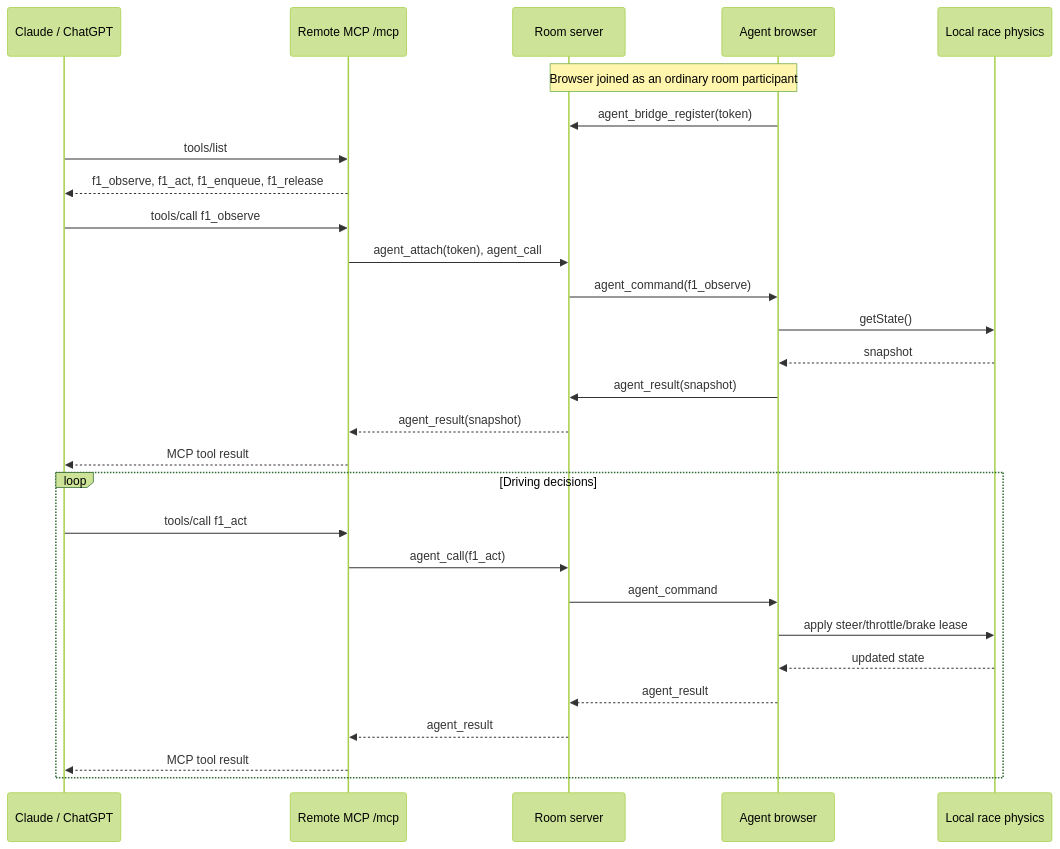
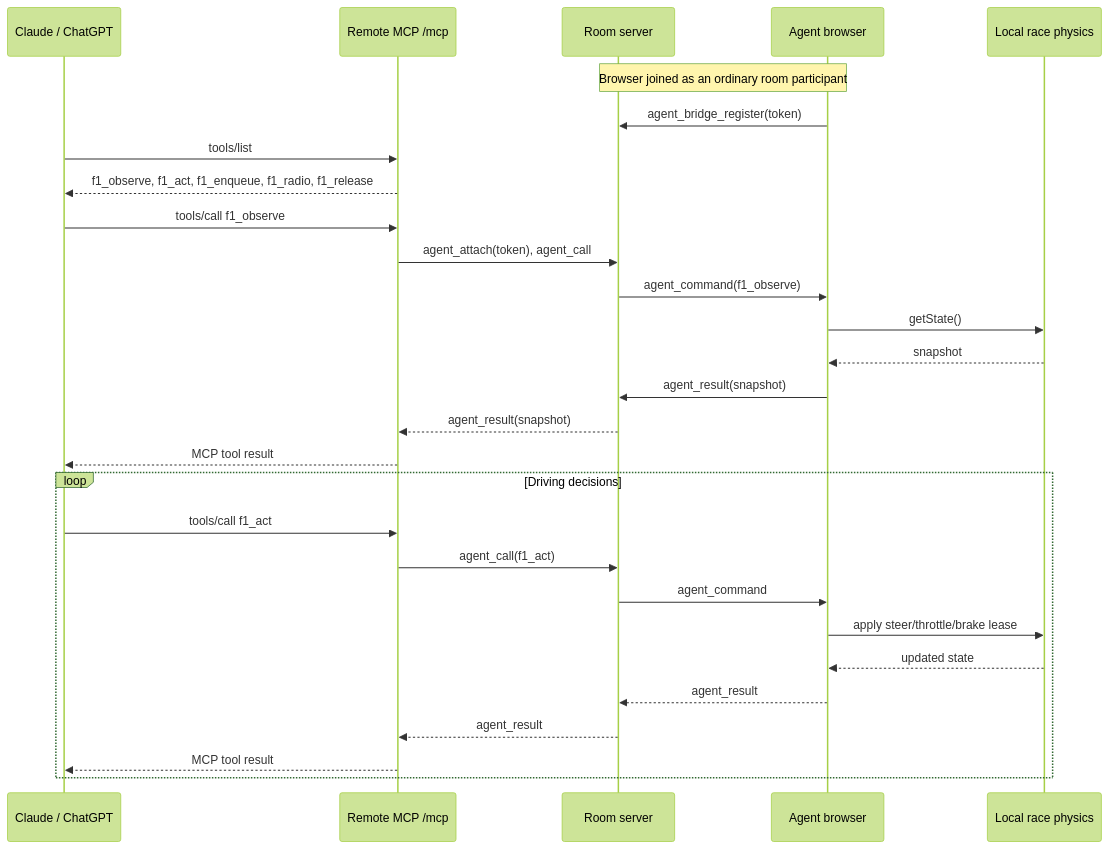
One commit to ottobit/f1-racer changed the seventh of 8 diagrams in llm-wiki/wiki/f1-racer/c4-agent-control.md. Above: the diagram before and after it, drawn with Mermaid (forest theme). The commit also changed 9 other files, not shown here.

````diff
--- a/llm-wiki/wiki/f1-racer/c4-agent-control.md
+++ b/llm-wiki/wiki/f1-racer/c4-agent-control.md
@@ -211,32 +211,32 @@
 ```mermaid
 sequenceDiagram
   participant C as Claude / ChatGPT
   participant M as Remote MCP /mcp
   participant R as Room server
   participant B as Agent browser
   participant P as Local race physics
 
   Note over B,R: Browser joined as an ordinary room participant
   B->>R: agent_bridge_register(token)
   C->>M: tools/list
-  M-->>C: f1_observe, f1_act, f1_enqueue, f1_release
+  M-->>C: f1_observe, f1_act, f1_enqueue, f1_radio, f1_release
   C->>M: tools/call f1_observe
   M->>R: agent_attach(token), agent_call
   R->>B: agent_command(f1_observe)
   B->>P: getState()
   P-->>B: snapshot
   B->>R: agent_result(snapshot)
   R-->>M: agent_result(snapshot)
   M-->>C: MCP tool result
 
   loop Driving decisions
     C->>M: tools/call f1_act
     M->>R: agent_call(f1_act)
     R->>B: agent_command
     B->>P: apply steer/throttle/brake lease
     P-->>B: updated state
     B-->>R: agent_result
     R-->>M: agent_result
     M-->>C: MCP tool result
   end
 ```
````
